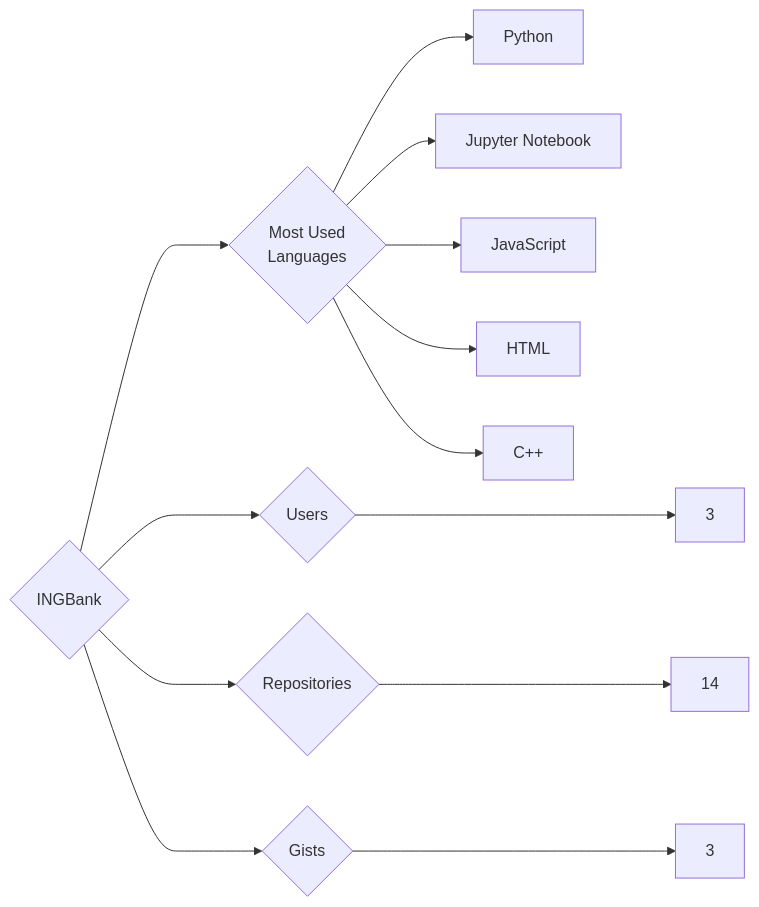
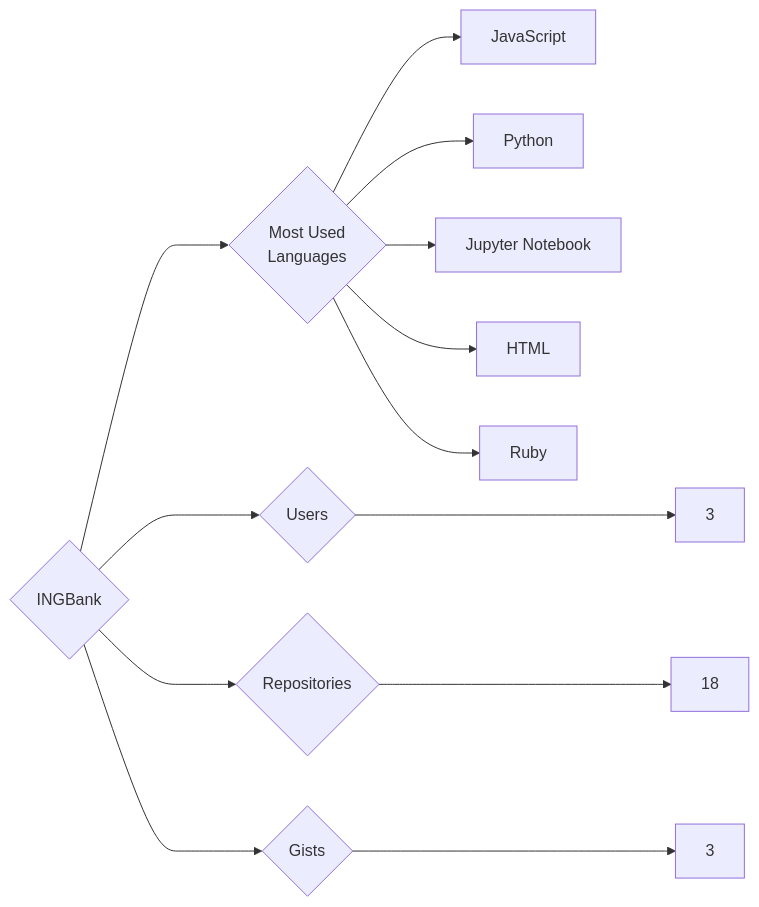
One commit to trickest/insiders changed the diagram in targets/INGBank/README.md. Above: the diagram before and after it, drawn with Mermaid. The commit also changed 1175 other files, not shown here.

````diff
--- a/targets/INGBank/README.md
+++ b/targets/INGBank/README.md
@@ -3,13 +3,13 @@
 ```mermaid
 graph LR
 COMPANY_NAME{INGBank}
 COMPANY_NAME ---> U{Users} ---> UN[3]
-COMPANY_NAME ---> R{Repositories} ---> RN[14]
+COMPANY_NAME ---> R{Repositories} ---> RN[18]
 COMPANY_NAME ---> G{Gists} ---> GN[3]
 COMPANY_NAME ---> ML{Most Used<br>Languages}
+ML --> JavaScript[JavaScript]
 ML --> Python[Python]
 ML --> Jupyter_Notebook[Jupyter Notebook]
-ML --> JavaScript[JavaScript]
 ML --> HTML[HTML]
-ML --> C++[C++]
+ML --> Ruby[Ruby]
 ```
````
